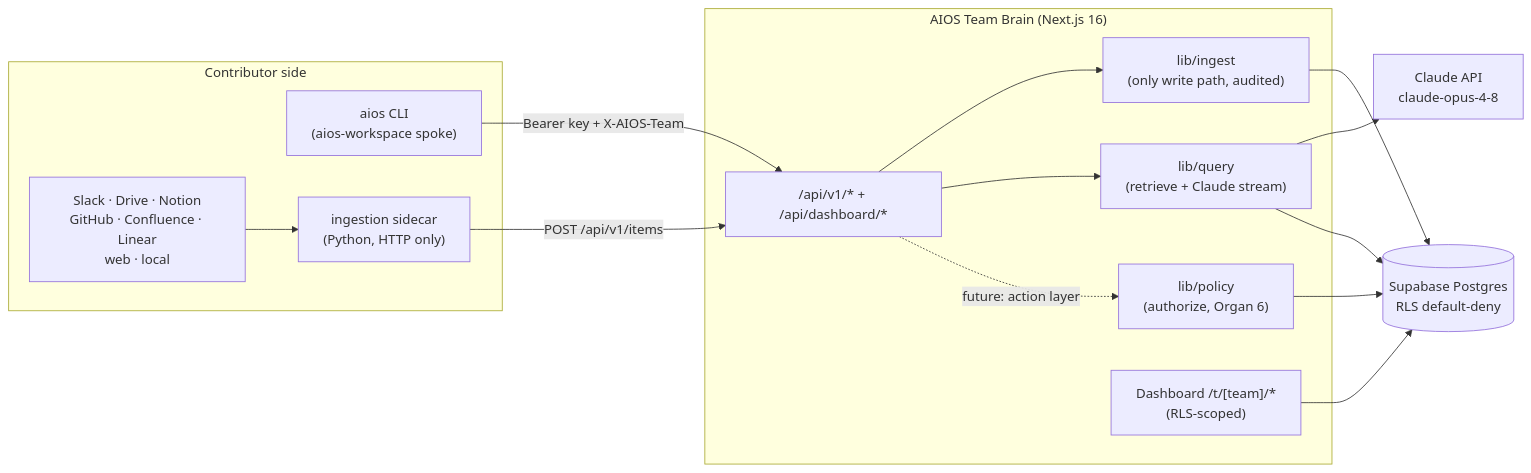
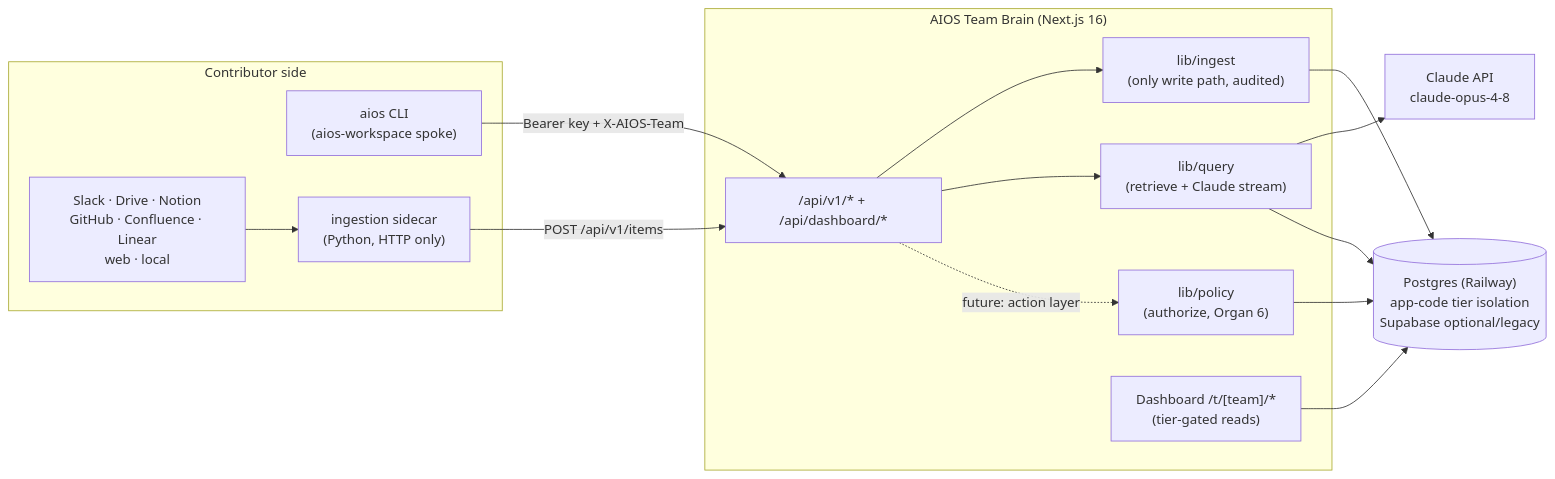
Before and after one commit to aiosbrain/aios-team-brain: the first of 6 diagrams in docs/ARCHITECTURE.md, drawn with Mermaid. The commit also changed other lines of this file and 31 other files, not shown here.

First line of the commit message:
feat(codebases): company-level codebase health + agentic dashboard (Postgres-only)

````diff
--- a/docs/ARCHITECTURE.md
+++ b/docs/ARCHITECTURE.md
@@ -35,26 +36,26 @@
 ```mermaid
 flowchart LR
   subgraph Spokes["Contributor side"]
     CLI["aios CLI<br/>(aios-workspace spoke)"]
     SIDE["ingestion sidecar<br/>(Python, HTTP only)"]
     SRC["Slack · Drive · Notion<br/>GitHub · Confluence · Linear<br/>web · local"]
   end
   subgraph Brain["AIOS Team Brain (Next.js 16)"]
     API["/api/v1/* + /api/dashboard/*"]
     INGEST["lib/ingest<br/>(only write path, audited)"]
     QUERY["lib/query<br/>(retrieve + Claude stream)"]
     POLICY["lib/policy<br/>(authorize, Organ 6)"]
-    UI["Dashboard /t/[team]/*<br/>(RLS-scoped)"]
+    UI["Dashboard /t/[team]/*<br/>(tier-gated reads)"]
   end
-  DB[("Supabase Postgres<br/>RLS default-deny")]
+  DB[("Postgres (Railway)<br/>app-code tier isolation<br/>Supabase optional/legacy")]
   LLM["Claude API<br/>claude-opus-4-8"]
 
   SRC --> SIDE
   CLI -- "Bearer key + X-AIOS-Team" --> API
   SIDE -- "POST /api/v1/items" --> API
   API --> INGEST --> DB
   API --> QUERY --> LLM
   QUERY --> DB
   UI --> DB
   API -. "future: action layer" .-> POLICY --> DB
 ```
````
